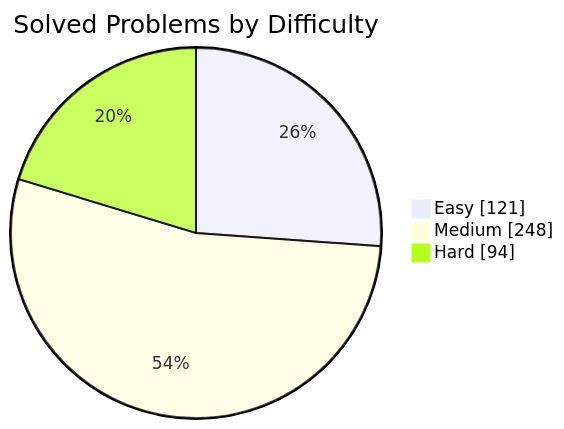
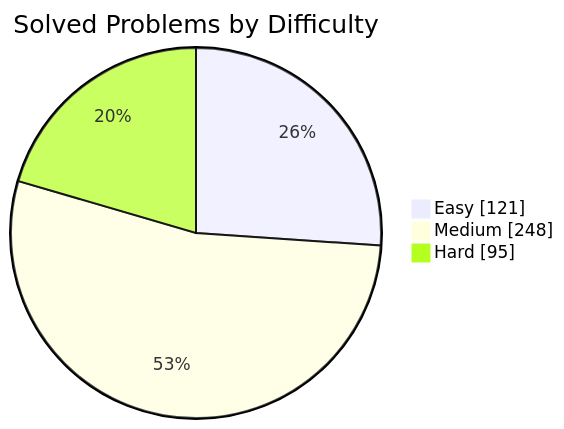
Before and after one commit to manikantbindass/DSA-Preparation-FAANG: the first of 2 diagrams in README.md, drawn with Mermaid. The commit also changed other lines of this file and 1 other file, not shown here.

````diff
--- a/README.md
+++ b/README.md
@@ -77,7 +77,7 @@
 ```mermaid
 pie showData
     title Solved Problems by Difficulty
     "Easy" : 121
     "Medium" : 248
-    "Hard" : 94
+    "Hard" : 95
 ```
````
